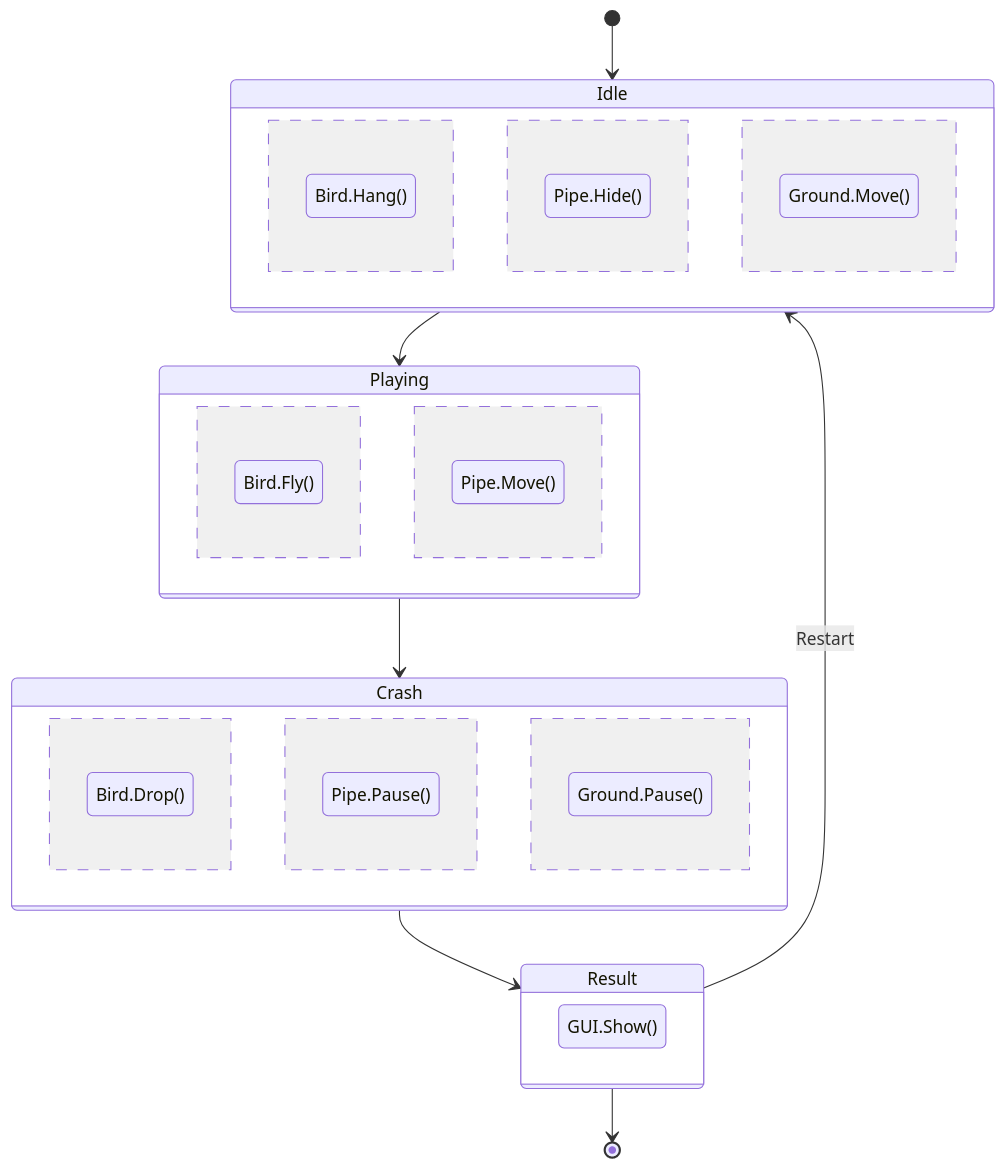
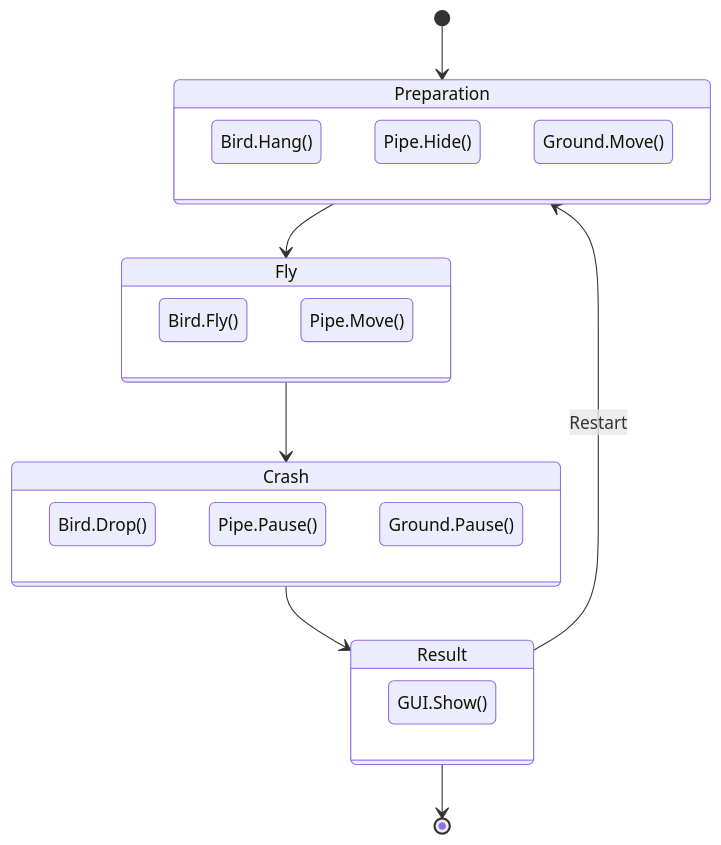
Before and after one commit to galacean/galacean.github.io: the diagram in docs/editor-first-2d-project.zh-CN.md, drawn with Mermaid.

Commit message:
doc: add chart

````diff
--- a/docs/editor-first-2d-project.zh-CN.md
+++ b/docs/editor-first-2d-project.zh-CN.md
@@ -110,35 +110,30 @@
 ```mermaid
 stateDiagram
-    [*] --> Idle
-    Idle --> Playing
-    Playing --> Crash
+    [*] --> Preparation
+    Preparation --> Fly
+    Fly --> Crash
     Crash --> Result
-    Result --> Idle: Restart
+    Result --> Preparation: Restart
     Result --> [*]
 
-    state Idle {
+    state Preparation {
       Bird.Hang()
-       --
       Pipe.Hide()
-       --
       Ground.Move()
     }
 
-    state Playing {
+    state Fly {
        Bird.Fly()
-        --
        Pipe.Move()
     }
 
     state Crash {
        Bird.Drop()
-       --
        Pipe.Pause()
-       --
        Ground.Pause()
     }
 
     state Result {
       GUI.Show()
     }
 ```
````
